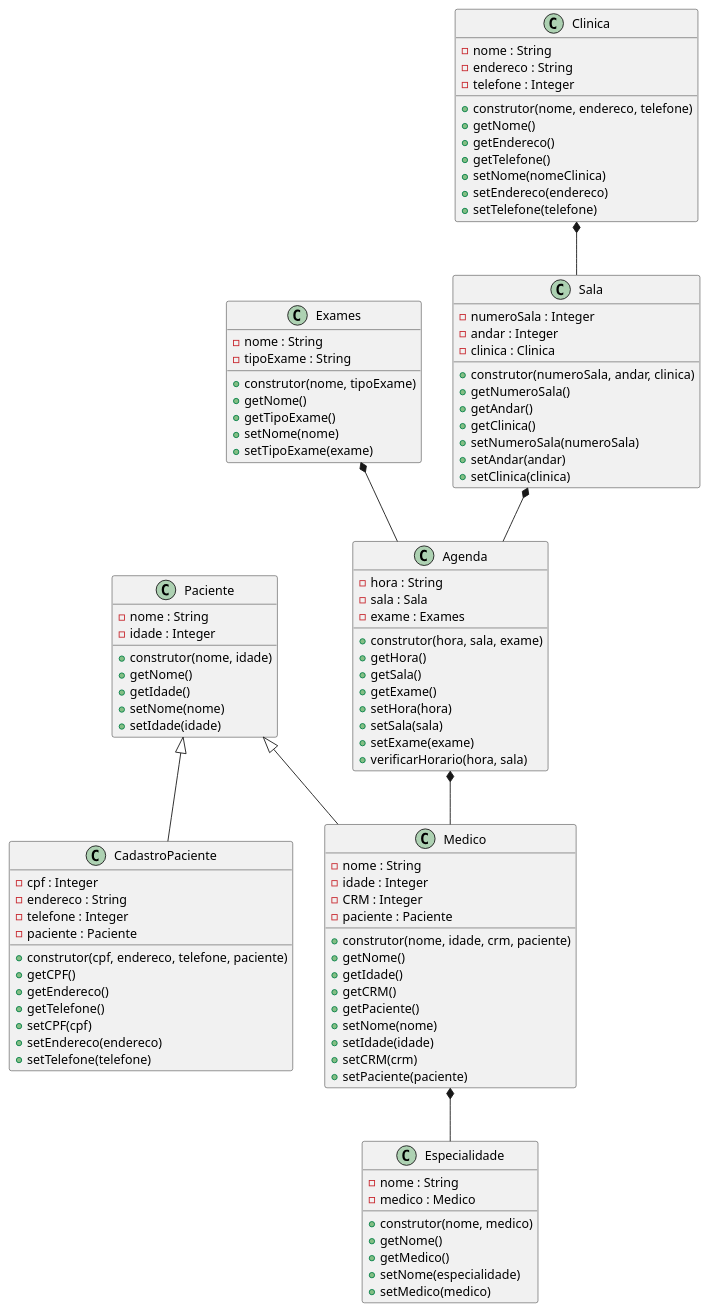
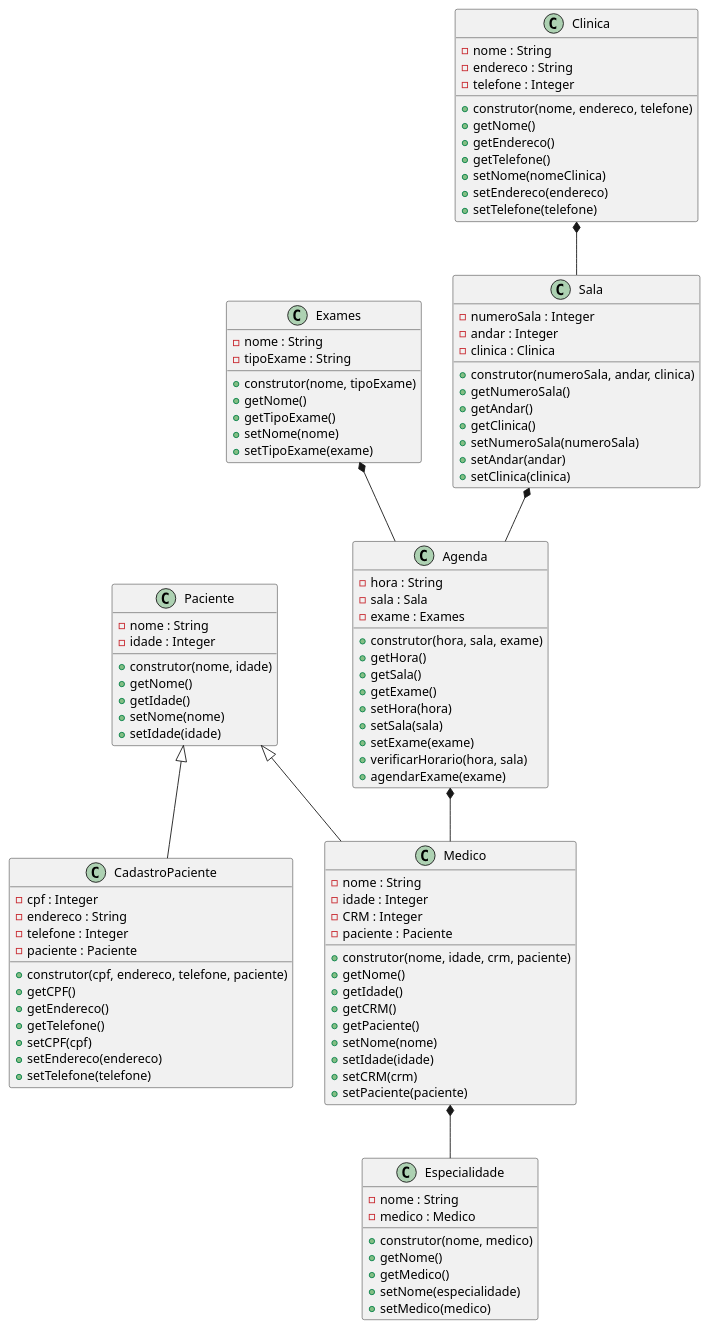
The diagram in diagrama.plantuml (anleaes/2022-1-N2-POO-03), drawn with PlantUML before and after one commit.

Commit message:
criado função agendarExame com parametro exame

```diff
--- a/diagrama.plantuml
+++ b/diagrama.plantuml
@@ -1,111 +1,112 @@
 @startuml Gerenciamento de Exames Medicos
 
     class Agenda{
         - hora : String
         - sala : Sala
         - exame : Exames
         + construtor(hora, sala, exame)
         + getHora()
         + getSala()
         + getExame()
         + setHora(hora)
         + setSala(sala)
         + setExame(exame)
         + verificarHorario(hora, sala)
+        + agendarExame(exame)
     }
 
     class Paciente{
         - nome : String
         - idade : Integer
         + construtor(nome, idade)
         + getNome()
         + getIdade()
         + setNome(nome)
         + setIdade(idade)
     }
 
     class CadastroPaciente{
         - cpf : Integer
         - endereco : String
         - telefone : Integer
         - paciente : Paciente
         + construtor(cpf, endereco, telefone, paciente)
         + getCPF()
         + getEndereco()
         + getTelefone()
         + setCPF(cpf)
         + setEndereco(endereco)
         + setTelefone(telefone)
     }
 
     class Medico{
         - nome : String
         - idade : Integer
         - CRM : Integer
         - paciente : Paciente
         + construtor(nome, idade, crm, paciente)
         + getNome()
         + getIdade()
         + getCRM()
         + getPaciente()
         + setNome(nome)
         + setIdade(idade)
         + setCRM(crm)
         + setPaciente(paciente)
     }
 
     class Exames{
         - nome : String
         - tipoExame : String
         + construtor(nome, tipoExame)
         + getNome()
         + getTipoExame()
         + setNome(nome)
         + setTipoExame(exame)
     }
 
     class Especialidade{
         - nome : String
         - medico : Medico
         + construtor(nome, medico)
         + getNome()
         + getMedico()
         + setNome(especialidade)
         + setMedico(medico)
     }
 
     class Clinica{
         - nome : String
         - endereco : String
         - telefone : Integer
         + construtor(nome, endereco, telefone)
         + getNome()
         + getEndereco()
         + getTelefone()
         + setNome(nomeClinica)
         + setEndereco(endereco)
         + setTelefone(telefone)
     }
 
     class Sala{
         - numeroSala : Integer
         - andar : Integer
         - clinica : Clinica
         + construtor(numeroSala, andar, clinica)
         + getNumeroSala()
         + getAndar()
         + getClinica()
         + setNumeroSala(numeroSala)
         + setAndar(andar)
         + setClinica(clinica)
     }
 
     Paciente <|-- CadastroPaciente
     Paciente <|-- Medico
     Medico *-- Especialidade
     Exames *-- Agenda
     Sala *-- Agenda
     Agenda *-- Medico
     Clinica *-- Sala
 
 @enduml
```
